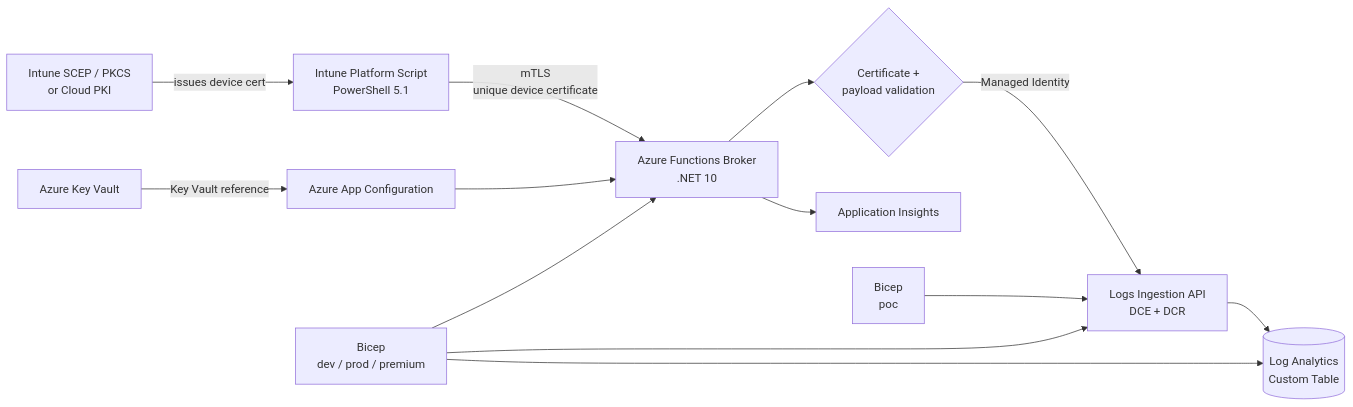
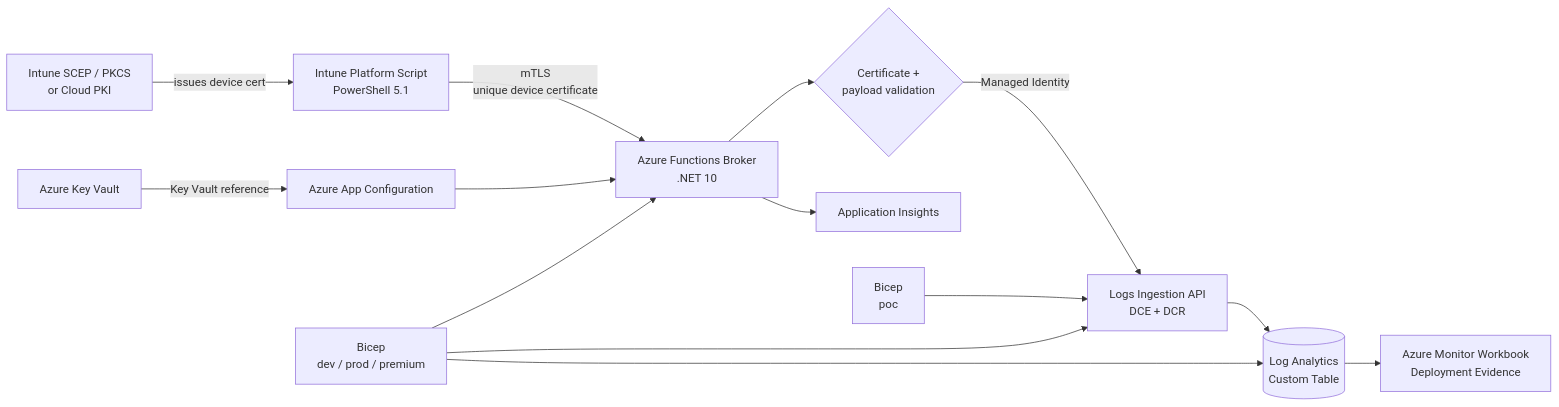
One commit to robgrame/intune-deployment-telemetry changed the diagram in README.md. Above: the diagram before and after it, drawn with Mermaid. The commit also changed other lines of this file and 12 other files, not shown here.

First line of the commit message:
feat: add deployment evidence workbook

````diff
--- a/README.md
+++ b/README.md
@@ -29,15 +29,16 @@
 ```mermaid
 flowchart LR
     A[Intune Platform Script<br/>PowerShell 5.1] -->|mTLS<br/>unique device certificate| B[Azure Functions Broker<br/>.NET 10]
     B --> C{Certificate +<br/>payload validation}
     G[Azure App Configuration] --> B
     H[Azure Key Vault] -->|Key Vault reference| G
     C -->|Managed Identity| D[Logs Ingestion API<br/>DCE + DCR]
     D --> E[(Log Analytics<br/>Custom Table)]
+    E --> L[Azure Monitor Workbook<br/>Deployment Evidence]
     B --> F[Application Insights]
     I[Intune SCEP / PKCS<br/>or Cloud PKI] -->|issues device cert| A
     J[Bicep<br/>dev / prod / premium] --> B
     K[Bicep<br/>poc] --> D
     J --> D
     J --> E
 ```
````
